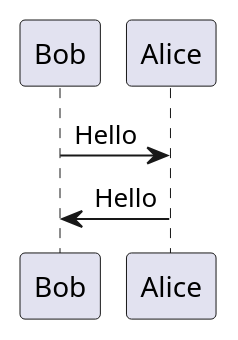
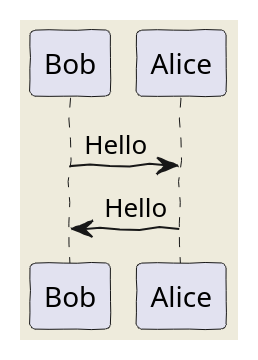
One commit to happycatfish/puml_example changed the diagram in helloworld.puml. Above: the diagram before and after it, drawn with PlantUML.

```diff
--- a/helloworld.puml
+++ b/helloworld.puml
@@ -1,4 +1,7 @@
 @startuml
+skinparam backgroundColor #EEEBDC
+skinparam handwritten true
+
 Bob -> Alice: Hello
 Bob <- Alice: Hello
 @enduml
```
